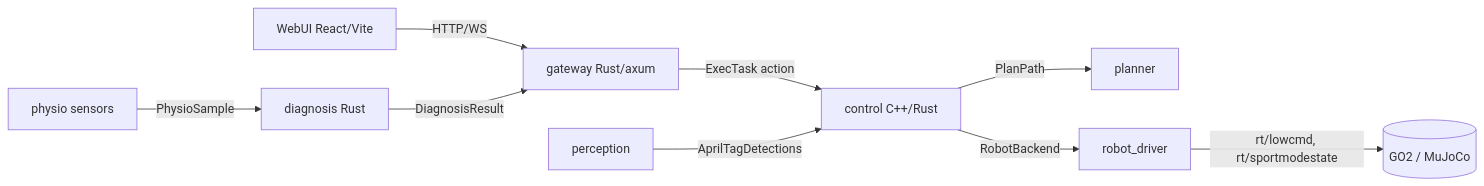
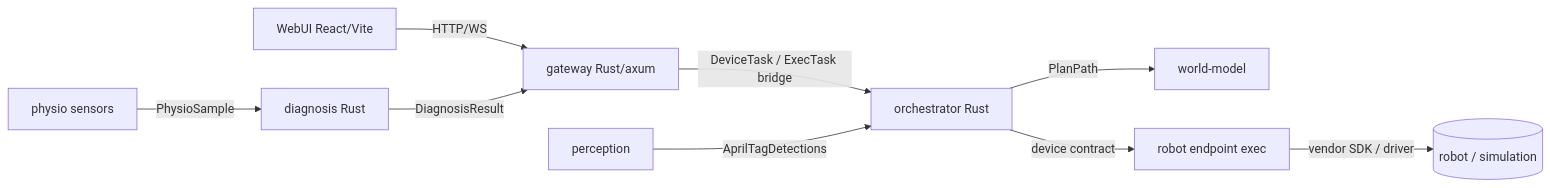
One commit to laipuran/rtos_subhealth changed the diagram in README.md. Above: the diagram before and after it, drawn with Mermaid. The commit also changed other lines of this file and 17 other files, not shown here.

Commit message:
docs: reconcile rust migration and python exec architecture

````diff
--- a/README.md
+++ b/README.md
@@ -13,11 +14,11 @@
 ```mermaid
 flowchart LR
     WEB[WebUI React/Vite] -->|HTTP/WS| GW[gateway Rust/axum]
-    GW -->|ExecTask action| CTL[control C++/Rust]
-    CTL -->|PlanPath| PLAN[planner]
-    CTL -->|RobotBackend| DRV[robot_driver]
-    DRV -->|rt/lowcmd, rt/sportmodestate| GO2[(GO2 / MuJoCo)]
+    GW -->|DeviceTask / ExecTask bridge| CTL[orchestrator Rust]
+    CTL -->|PlanPath| PLAN[world-model]
+    CTL -->|device contract| EXEC[robot endpoint exec]
+    EXEC -->|vendor SDK / driver| ROBOT[(robot / simulation)]
     PER[perception] -->|AprilTagDetections| CTL
     DIAG[diagnosis Rust] -->|DiagnosisResult| GW
     PHYS[physio sensors] -->|PhysioSample| DIAG
 ```
````
